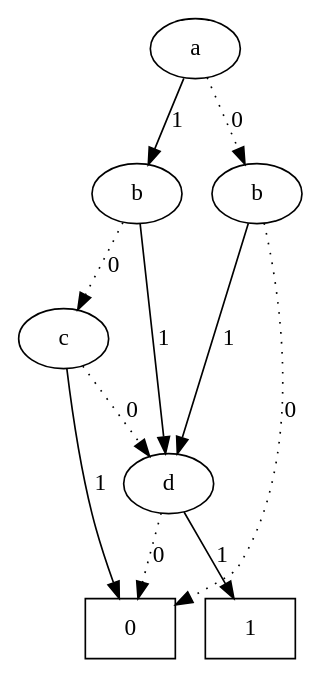
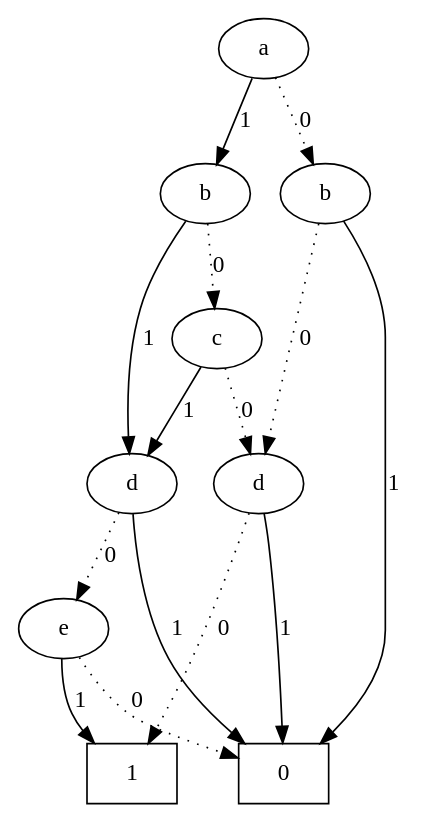
Before and after one commit to CTC-TC/DSD: the diagram in Project1/output.dot, drawn with Graphviz. The commit also changed 91 other files, not shown here.

```diff
--- a/Project1/output.dot
+++ b/Project1/output.dot
@@ -1,25 +1,32 @@
 digraph ROBDD{
    {rank=same 1}
    {rank=same 2 3}
    {rank=same 6}
-   {rank=same 10}
+   {rank=same 8 13}
+   {rank=same 26}
 
    0 [label="0", shape=box];
    1 [label="a"];
    2 [label="b"];
    3 [label="b"];
    6 [label="c"];
-   10 [label="d"];
-   16 [label="1", shape=box];
+   8 [label="d"];
+   13 [label="d"];
+   26 [label="e"];
+   32 [label="1", shape=box];
 
    1 -> 2 [label="0", style=dotted]
    1 -> 3 [label="1", style=solid]
-   2 -> 0 [label="0", style=dotted]
-   2 -> 10 [label="1", style=solid]
+   2 -> 8 [label="0", style=dotted]
+   2 -> 0 [label="1", style=solid]
    3 -> 6 [label="0", style=dotted]
-   3 -> 10 [label="1", style=solid]
-   6 -> 10 [label="0", style=dotted]
-   6 -> 0 [label="1", style=solid]
-   10 -> 0 [label="0", style=dotted]
-   10 -> 16 [label="1", style=solid]
+   3 -> 13 [label="1", style=solid]
+   6 -> 8 [label="0", style=dotted]
+   6 -> 13 [label="1", style=solid]
+   8 -> 32 [label="0", style=dotted]
+   8 -> 0 [label="1", style=solid]
+   13 -> 26 [label="0", style=dotted]
+   13 -> 0 [label="1", style=solid]
+   26 -> 0 [label="0", style=dotted]
+   26 -> 32 [label="1", style=solid]
 }
```
